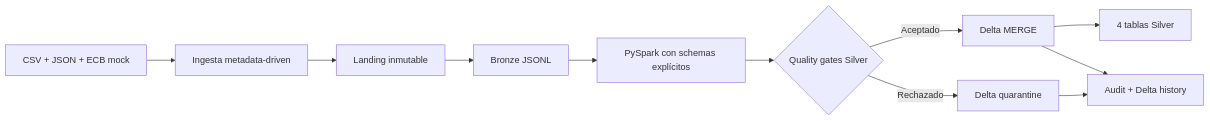
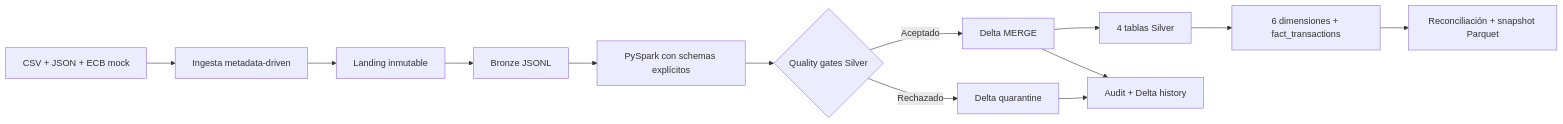
The first of 4 diagrams in 23-azure-adf-databricks-bank-fx/docs/architecture.md (franciscosalaspla/data-engineering-portfolio), drawn with Mermaid before and after one commit. The commit also changed other lines of this file and 23 other files, not shown here.

````diff
--- a/23-azure-adf-databricks-bank-fx/docs/architecture.md
+++ b/23-azure-adf-databricks-bank-fx/docs/architecture.md
@@ -9,13 +9,15 @@
 ```mermaid
 flowchart LR
     S["CSV + JSON + ECB mock"] --> I["Ingesta metadata-driven"]
     I --> L["Landing inmutable"]
     L --> B["Bronze JSONL"]
     B --> P["PySpark con schemas explícitos"]
     P --> Q{"Quality gates Silver"}
     Q -->|Aceptado| M["Delta MERGE"]
     Q -->|Rechazado| X["Delta quarantine"]
     M --> C["4 tablas Silver"]
+    C --> G["6 dimensiones + fact_transactions"]
+    G --> R["Reconciliación + snapshot Parquet"]
     M --> A["Audit + Delta history"]
     X --> A
 ```
````
